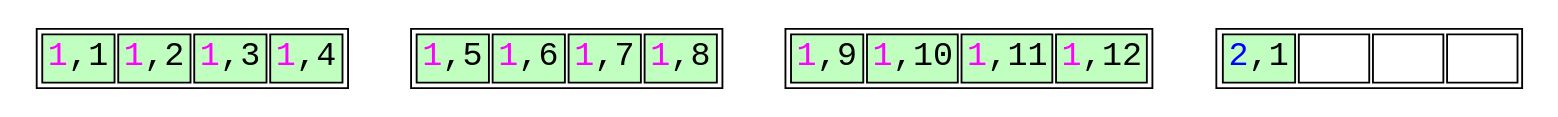
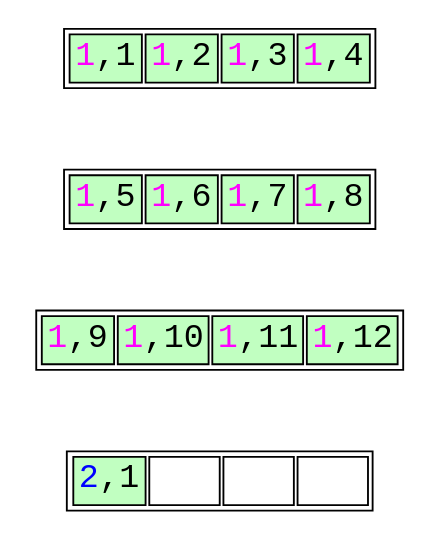
Before and after one commit to petergeoghegan/pg_query_internals: the diagram in optimized-leaf-page-split-3.dot, drawn with Graphviz. The commit also changed 5 other files, not shown here.

```diff
--- a/optimized-leaf-page-split-3.dot
+++ b/optimized-leaf-page-split-3.dot
@@ -1,58 +1,64 @@
 // Example B-Tree graph
 //
 // Breadth-first order
 //
 // Start from root, go left to right
 //
 // Workflow:
 //
 // $ dot -T svg btree.dot -o btree.svg;
 
 digraph nbtree {
 graph [fontname = "monospace"];
 node [shape = none,height=.1,fontname = "monospace",fontsize=18];
 // Level 0 (leaf level)
 leafnode_2[ label=<<table>
                     <tr>
                         <td bgcolor='darkseagreen1' port="t2"><font color="magenta">1</font>,1</td>
                         <td bgcolor='darkseagreen1' port="t3"><font color="magenta">1</font>,2</td>
                         <td bgcolor='darkseagreen1' port="t4"><font color="magenta">1</font>,3</td>
                         <td bgcolor='darkseagreen1' port="t4"><font color="magenta">1</font>,4</td>
                     </tr>
                 </table>
                >
         ];
+edge[style=invis];
+"leafnode_2" -> "leafnode_3"
 leafnode_3[ label=<<table>
                     <tr>
                         <td bgcolor='darkseagreen1' port="t4"><font color="magenta">1</font>,5</td>
                         <td bgcolor='darkseagreen1' port="t4"><font color="magenta">1</font>,6</td>
                         <td bgcolor='darkseagreen1' port="t4"><font color="magenta">1</font>,7</td>
                         <td bgcolor='darkseagreen1' port="t4"><font color="magenta">1</font>,8</td>
                     </tr>
                 </table>
                >
         ];
+edge[style=invis];
+"leafnode_3" -> "leafnode_4"
 leafnode_4[ label=<<table>
                     <tr>
                         <td bgcolor='darkseagreen1' port="t4"><font color="magenta">1</font>,9</td>
                         <td bgcolor='darkseagreen1' port="t4"><font color="magenta">1</font>,10</td>
                         <td bgcolor='darkseagreen1' port="t4"><font color="magenta">1</font>,11</td>
                         <td bgcolor='darkseagreen1' port="t4"><font color="magenta">1</font>,12</td>
                     </tr>
                 </table>
                >
         ];
+edge[style=invis];
+"leafnode_4" -> "leafnode_5"
 leafnode_5[ label=<<table>
                     <tr>
                         <td bgcolor='darkseagreen1' port="t4"><font color="blue">2</font>,1</td>
                         <td bgcolor='white' port="t3">   </td>
                         <td bgcolor='white' port="t3">   </td>
                         <td bgcolor='white' port="t3">   </td>
                     </tr>
                 </table>
                >
         ];
 //Force alignment from root to internal to leaf levels:
 //edge[style=invis];
 //"rootnode":d1 -> "leafnode_2":t2
 }
```
